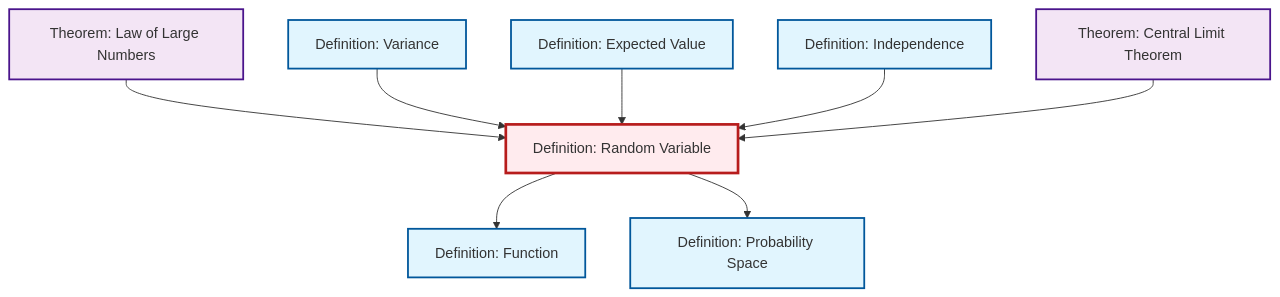
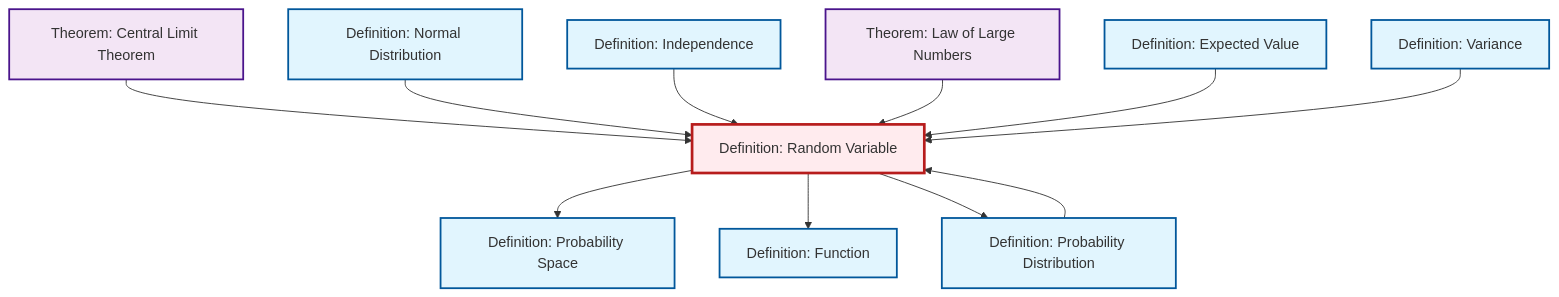
Before and after one commit to RK0429/ModernMath: the diagram in content/ja/probability-statistics/def-random-variable.qmd, drawn with Mermaid. The commit also changed 634 other files, not shown here.

````diff
--- a/content/ja/probability-statistics/def-random-variable.qmd
+++ b/content/ja/probability-statistics/def-random-variable.qmd
@@ -50,32 +50,39 @@
 ```{mermaid}
 %%| fig-cap: "Local dependency graph"
 graph TD
     classDef definition fill:#e1f5fe,stroke:#01579b,stroke-width:2px
     classDef theorem fill:#f3e5f5,stroke:#4a148c,stroke-width:2px
     classDef axiom fill:#fff3e0,stroke:#e65100,stroke-width:2px
     classDef example fill:#e8f5e9,stroke:#1b5e20,stroke-width:2px
     classDef current fill:#ffebee,stroke:#b71c1c,stroke-width:3px
+    def-independence["Definition: Independence"]:::definition
     thm-central-limit["Theorem: Central Limit Theorem"]:::theorem
+    def-probability-space["Definition: Probability Space"]:::definition
+    def-expectation["Definition: Expected Value"]:::definition
+    def-variance["Definition: Variance"]:::definition
+    def-probability-distribution["Definition: Probability Distribution"]:::definition
+    def-normal-distribution["Definition: Normal Distribution"]:::definition
+    def-function["Definition: Function"]:::definition
     thm-law-of-large-numbers["Theorem: Law of Large Numbers"]:::theorem
-    def-expectation["Definition: Expected Value"]:::definition
-    def-probability-space["Definition: Probability Space"]:::definition
     def-random-variable["Definition: Random Variable"]:::definition
-    def-variance["Definition: Variance"]:::definition
-    def-function["Definition: Function"]:::definition
-    def-independence["Definition: Independence"]:::definition
+    def-random-variable --> def-probability-space
+    thm-central-limit --> def-random-variable
+    def-normal-distribution --> def-random-variable
+    def-independence --> def-random-variable
+    thm-law-of-large-numbers --> def-random-variable
+    def-expectation --> def-random-variable
+    def-variance --> def-random-variable
+    def-probability-distribution --> def-random-variable
     def-random-variable --> def-function
-    thm-law-of-large-numbers --> def-random-variable
-    def-variance --> def-random-variable
-    def-expectation --> def-random-variable
-    def-independence --> def-random-variable
-    thm-central-limit --> def-random-variable
-    def-random-variable --> def-probability-space
+    def-random-variable --> def-probability-distribution
     class def-random-variable current
+    click def-independence "def-independence.html" "Definition: Independenceへ"
     click thm-central-limit "thm-central-limit.html" "Theorem: Central Limit Theoremへ"
+    click def-probability-space "def-probability-space.html" "Definition: Probability Spaceへ"
+    click def-expectation "def-expectation.html" "Definition: Expected Valueへ"
+    click def-variance "def-variance.html" "Definition: Varianceへ"
+    click def-probability-distribution "def-probability-distribution.html" "Definition: Probability Distributionへ"
+    click def-normal-distribution "def-normal-distribution.html" "Definition: Normal Distributionへ"
+    click def-function "def-function.html" "Definition: Functionへ"
     click thm-law-of-large-numbers "thm-law-of-large-numbers.html" "Theorem: Law of Large Numbersへ"
-    click def-expectation "def-expectation.html" "Definition: Expected Valueへ"
-    click def-probability-space "def-probability-space.html" "Definition: Probability Spaceへ"
-    click def-variance "def-variance.html" "Definition: Varianceへ"
-    click def-function "def-function.html" "Definition: Functionへ"
-    click def-independence "def-independence.html" "Definition: Independenceへ"
 ```
````
